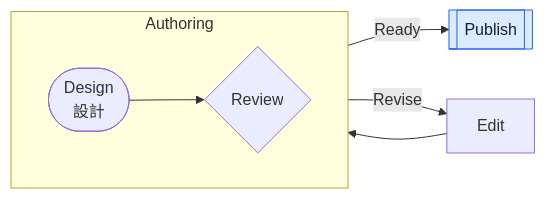
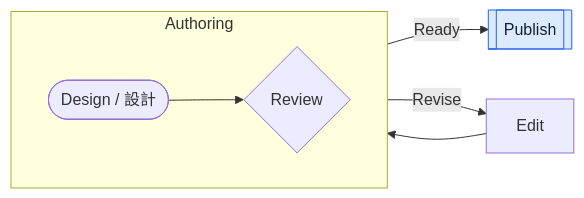
Before and after one commit to runceel/MarkdStage: the first of 8 diagrams in docs/examples/mermaid-support.md, drawn with Mermaid.

Commit message:
docs: widen Mermaid stadium example
Use a single-line bilingual label so the example renders as a clearly horizontal stadium while remaining one adjusted PowerPoint shape.

Copilot-Session: 49f66a03-bd0c-4f42-ba50-f044024f4417

````diff
--- a/docs/examples/mermaid-support.md
+++ b/docs/examples/mermaid-support.md
@@ -29,12 +29,12 @@
 ```mermaid
 flowchart LR
     subgraph Authoring
         direction LR
-        A([Design<br/>設計]) --> B{Review}
+        A([Design / 設計]) --> B{Review}
     end
     B -->|Ready| C[[Publish]]
     B -->|Revise| D[Edit]
     D --> B
     classDef accent fill:#dbeafe,stroke:#2563eb,color:#102030
     class C accent
 ```
````
